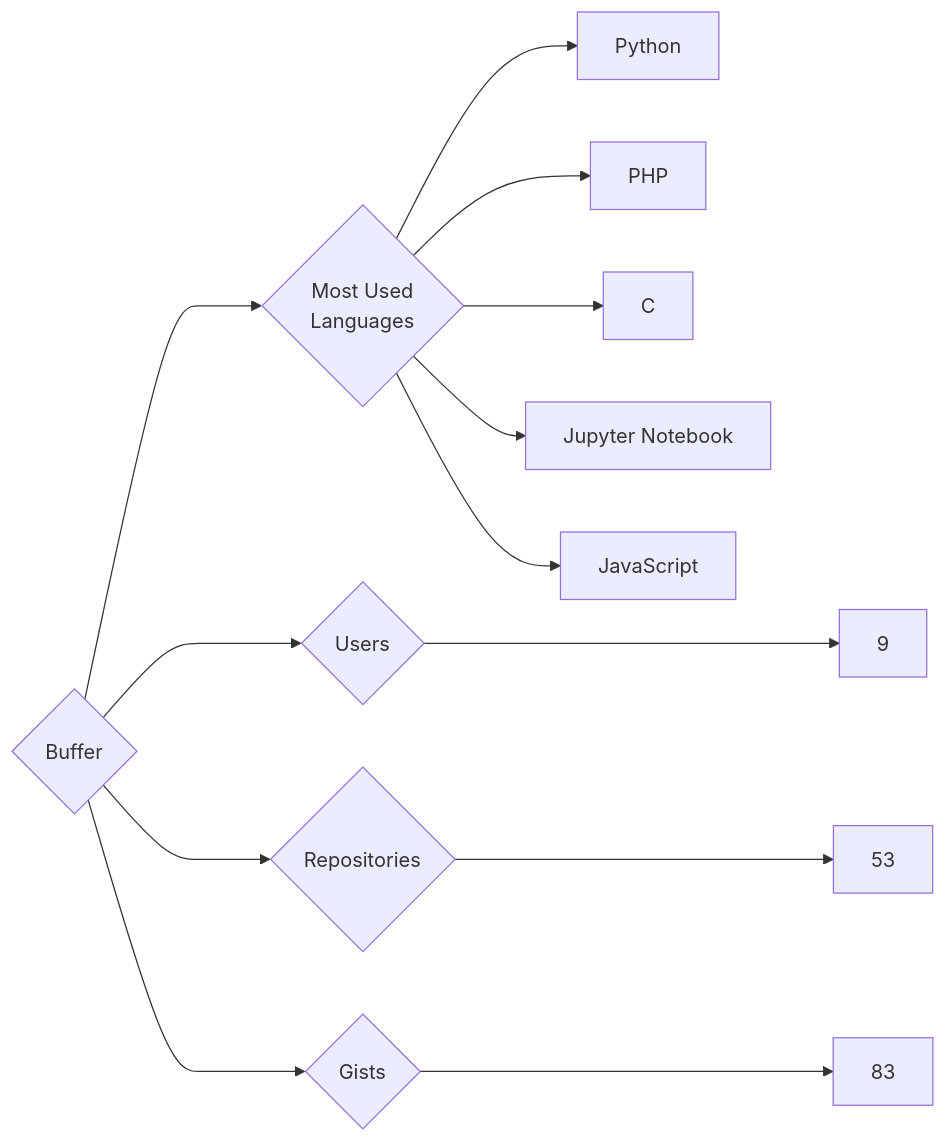
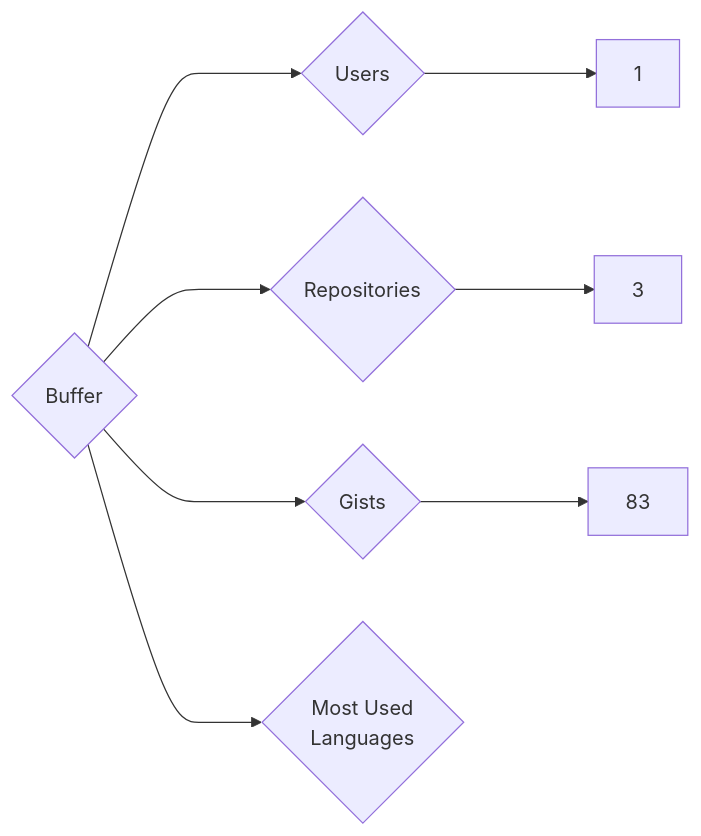
Before and after one commit to trickest/insiders: the diagram in targets/Buffer/README.md, drawn with Mermaid. The commit also changed 899 other files, not shown here.

````diff
--- a/targets/Buffer/README.md
+++ b/targets/Buffer/README.md
@@ -3,13 +3,8 @@
 ```mermaid
 graph LR
 COMPANY_NAME{Buffer}
-COMPANY_NAME ---> U{Users} ---> UN[9]
-COMPANY_NAME ---> R{Repositories} ---> RN[53]
+COMPANY_NAME ---> U{Users} ---> UN[1]
+COMPANY_NAME ---> R{Repositories} ---> RN[3]
 COMPANY_NAME ---> G{Gists} ---> GN[83]
 COMPANY_NAME ---> ML{Most Used<br>Languages}
-ML --> Python[Python]
-ML --> PHP[PHP]
-ML --> C[C]
-ML --> Jupyter_Notebook[Jupyter Notebook]
-ML --> JavaScript[JavaScript]
 ```
````
